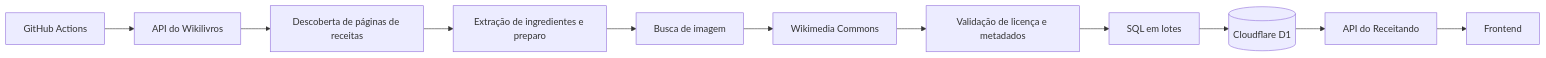
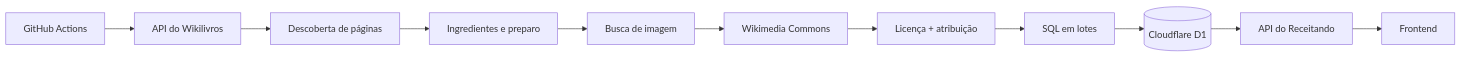
Before and after one commit to pitado/receitando: the diagram in docs/catalogo.md, drawn with Mermaid. The commit also changed other lines of this file, not shown here.

Commit message:
docs: alinha catálogo à atribuição pública atual

````diff
--- a/docs/catalogo.md
+++ b/docs/catalogo.md
@@ -24,13 +16,13 @@
 ```mermaid
 flowchart LR
     A[GitHub Actions] --> B[API do Wikilivros]
-    B --> C[Descoberta de páginas de receitas]
-    C --> D[Extração de ingredientes e preparo]
+    B --> C[Descoberta de páginas]
+    C --> D[Ingredientes e preparo]
     D --> E[Busca de imagem]
     E --> F[Wikimedia Commons]
-    F --> G[Validação de licença e metadados]
+    F --> G[Licença + atribuição]
     G --> H[SQL em lotes]
     H --> I[(Cloudflare D1)]
     I --> J[API do Receitando]
     J --> K[Frontend]
 ```
````
